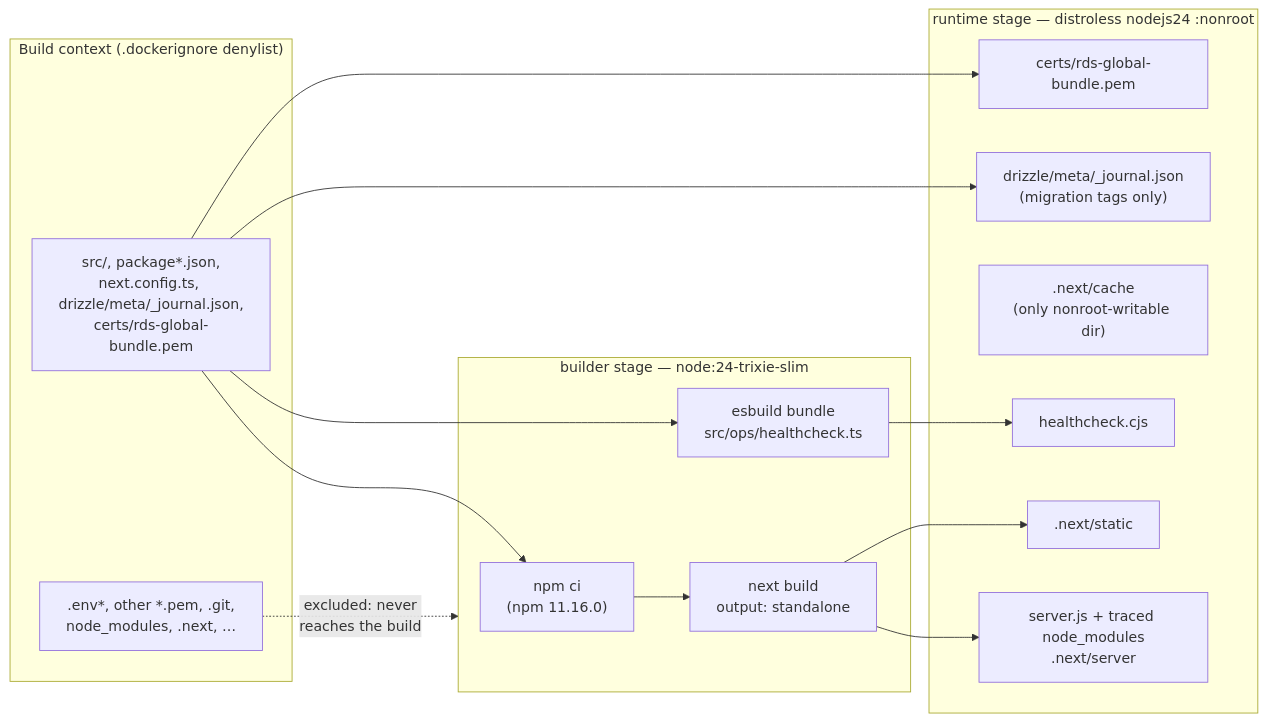
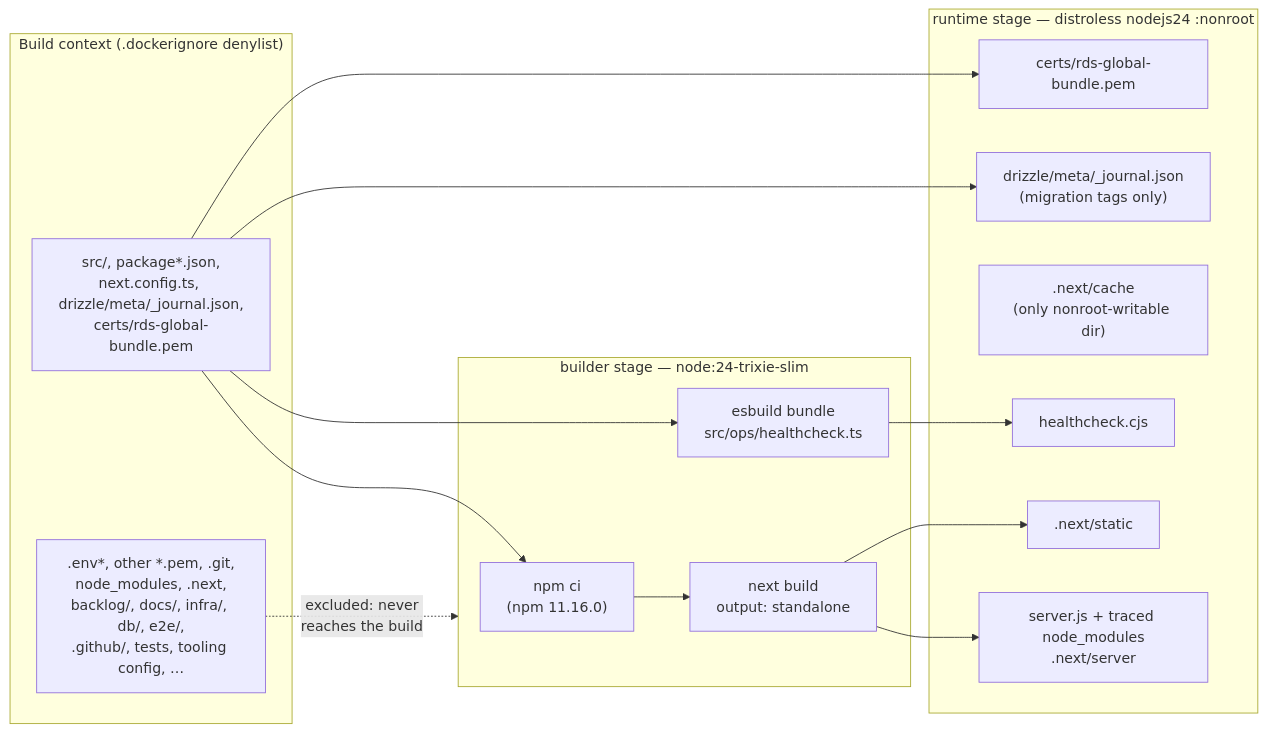
One commit to sgspinola/pensieve changed the first of 3 diagrams in docs/architecture/deployable-image.md. Above: the diagram before and after it, drawn with Mermaid. The commit also changed other lines of this file and 6 other files, not shown here.

````diff
--- a/docs/architecture/deployable-image.md
+++ b/docs/architecture/deployable-image.md
@@ -10,29 +10,29 @@
 ```mermaid
 flowchart LR
     subgraph Context["Build context (.dockerignore denylist)"]
         Src["src/, package*.json,<br/>next.config.ts, drizzle/meta/_journal.json,<br/>certs/rds-global-bundle.pem"]
-        Env[".env*, other *.pem, .git,<br/>node_modules, .next, …"]
+        Env[".env*, other *.pem, .git,<br/>node_modules, .next,<br/>backlog/, docs/, infra/, db/, e2e/,<br/>.github/, tests, tooling config, …"]
     end
 
     subgraph Builder["builder stage — node:24-trixie-slim"]
         Ci["npm ci<br/>(npm 11.16.0)"]
         Build["next build<br/>output: standalone"]
         Esb["esbuild bundle<br/>src/ops/healthcheck.ts"]
     end
 
     subgraph Runtime["runtime stage — distroless nodejs24 :nonroot"]
         Server["server.js + traced node_modules<br/>.next/server"]
         Static[".next/static"]
         Cache[".next/cache<br/>(only nonroot-writable dir)"]
         Journal["drizzle/meta/_journal.json<br/>(migration tags only)"]
         Health["healthcheck.cjs"]
         Ca["certs/rds-global-bundle.pem"]
     end
 
     Src --> Ci --> Build --> Server
     Build --> Static
     Src --> Esb --> Health
     Src --> Journal
     Src --> Ca
     Env -.->|"excluded: never<br/>reaches the build"| Builder
 ```
````
